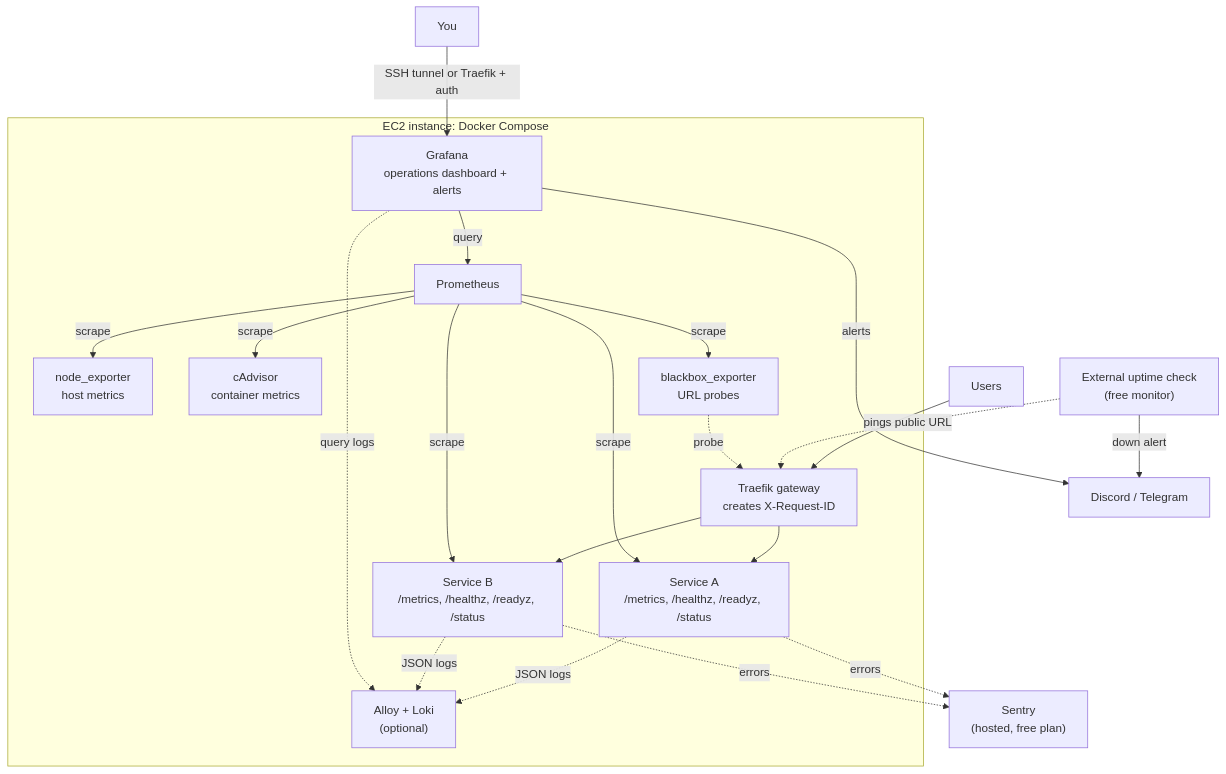
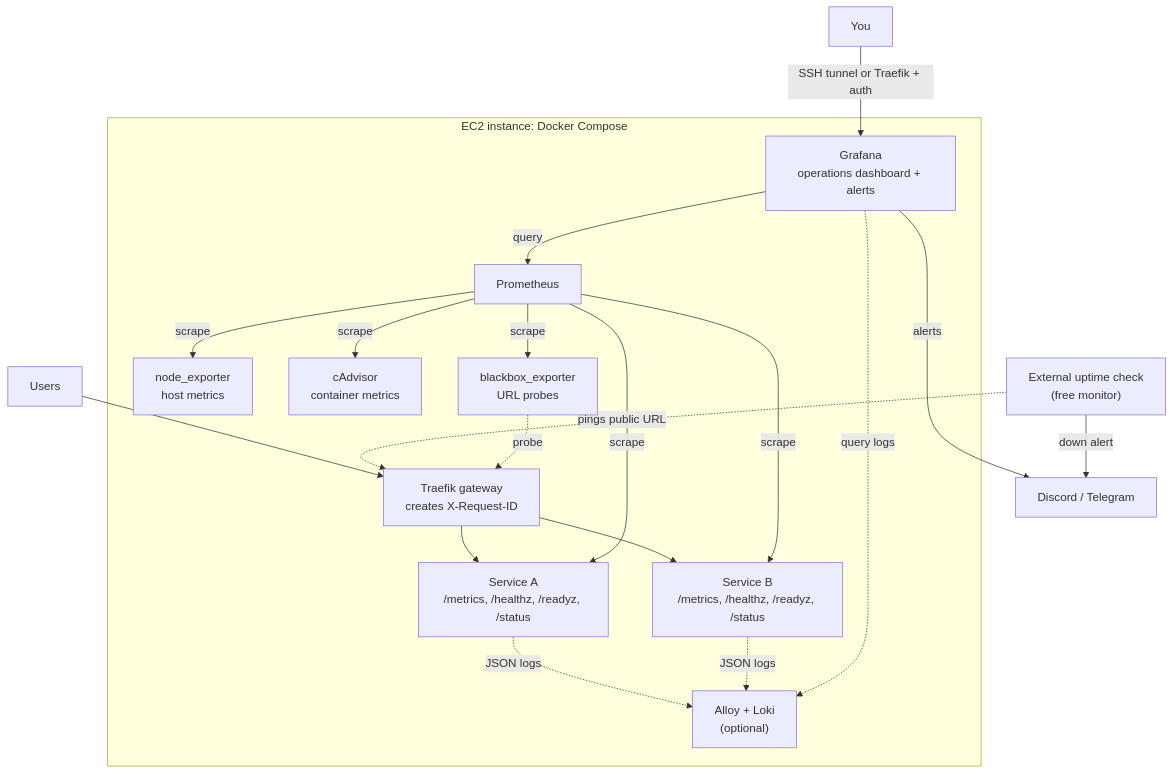
The diagram in documents/devops/images/src/observability-architecture.mmd (Phenriquerafael/LABDSOF_G9A), drawn with Mermaid before and after one commit. The commit also changed 9 other files, not shown here.

First line of the commit message:
Refactor observability diagrams and update architecture flowchart

```diff
--- a/documents/devops/images/src/observability-architecture.mmd
+++ b/documents/devops/images/src/observability-architecture.mmd
@@ -1,30 +1,28 @@
 flowchart TB
     USER["Users"] --> TRAEFIK
     UPTIME["External uptime check<br/>(free monitor)"] -. "pings public URL" .-> TRAEFIK
 
     subgraph EC2["EC2 instance: Docker Compose"]
         TRAEFIK["Traefik gateway<br/>creates X-Request-ID"] --> SVCA["Service A<br/>/metrics, /healthz, /readyz, /status"]
         TRAEFIK --> SVCB["Service B<br/>/metrics, /healthz, /readyz, /status"]
         PROM["Prometheus"]
         NODE["node_exporter<br/>host metrics"]
         CADV["cAdvisor<br/>container metrics"]
         BB["blackbox_exporter<br/>URL probes"]
         GRAF["Grafana<br/>operations dashboard + alerts"]
         ALLOY["Alloy + Loki<br/>(optional)"]
         PROM -->|scrape| NODE
         PROM -->|scrape| CADV
         PROM -->|scrape| SVCA
         PROM -->|scrape| SVCB
         PROM -->|scrape| BB
         BB -.->|probe| TRAEFIK
         GRAF -->|query| PROM
         SVCA -. "JSON logs" .-> ALLOY
         SVCB -. "JSON logs" .-> ALLOY
         GRAF -. "query logs" .-> ALLOY
     end
 
-    SVCA -. "errors" .-> SENTRY["Sentry<br/>(hosted, free plan)"]
-    SVCB -. "errors" .-> SENTRY
     GRAF -->|alerts| NOTIFY["Discord / Telegram"]
     UPTIME -->|down alert| NOTIFY
     YOU["You"] -->|"SSH tunnel or Traefik + auth"| GRAF
```
